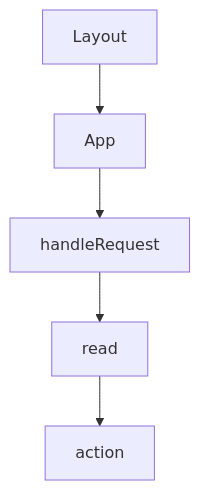
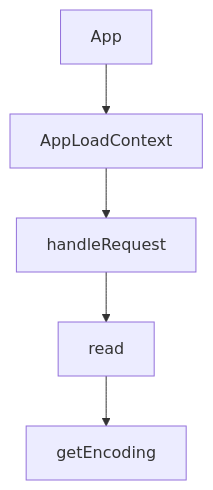
The second of 2 diagrams in tutorials/bolt-diy-tutorial/02-architecture-overview.md (johnxie/awesome-code-docs), drawn with Mermaid before and after one commit. The commit also changed other lines of this file and 1232 other files, not shown here.

````diff
--- a/tutorials/bolt-diy-tutorial/02-architecture-overview.md
+++ b/tutorials/bolt-diy-tutorial/02-architecture-overview.md
@@ -311,12 +284,12 @@
 ```mermaid
 flowchart TD
-    A[Layout]
-    B[App]
+    A[App]
+    B[AppLoadContext]
     C[handleRequest]
     D[read]
-    E[action]
+    E[getEncoding]
     A --> B
     B --> C
     C --> D
     D --> E
 ```
````
